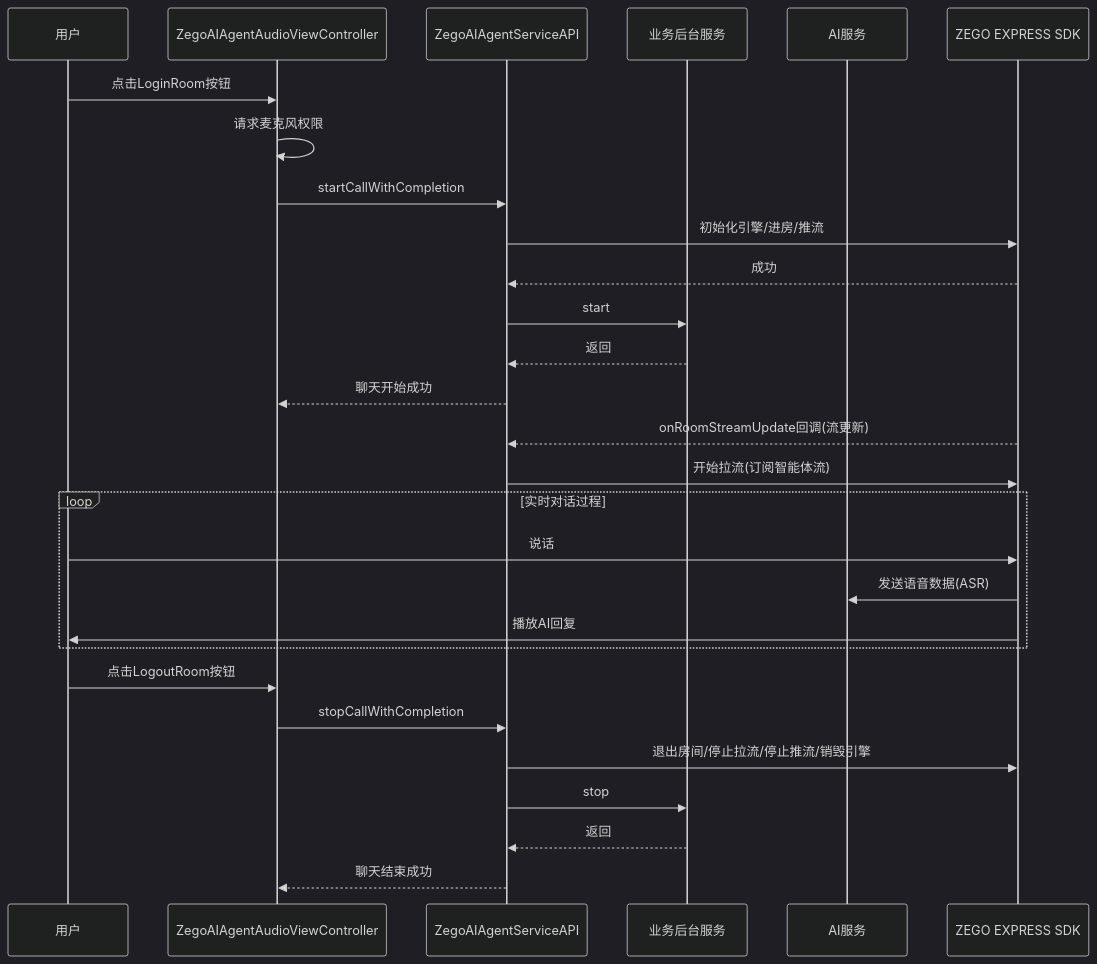
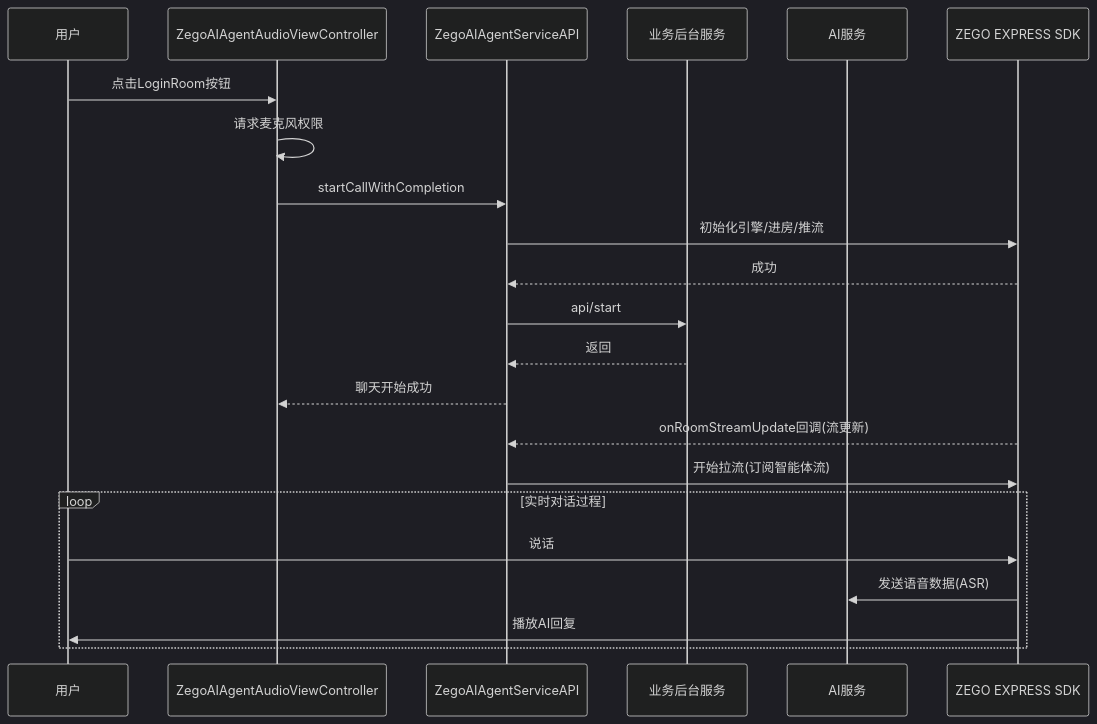
The first of 2 diagrams in ios/README.md (ZEGOCLOUD/ai_agent_quick_start), drawn with Mermaid (dark theme) before and after one commit. The commit also changed other lines of this file, not shown here.

````diff
--- a/ios/README.md
+++ b/ios/README.md
@@ -51,33 +55,26 @@
 ```mermaid
 sequenceDiagram
     participant User as 用户
     participant AudioVC as ZegoAIAgentAudioViewController
     participant ServiceAPI as ZegoAIAgentServiceAPI
     participant BusinessServer as 业务后台服务
     participant PassServer as AI服务
     participant Express as ZEGO EXPRESS SDK
 
     User->>AudioVC: 点击LoginRoom按钮
     AudioVC->>AudioVC: 请求麦克风权限
     AudioVC->>ServiceAPI:startCallWithCompletion
     ServiceAPI->>Express: 初始化引擎/进房/推流
     Express-->>ServiceAPI: 成功
-    ServiceAPI->>BusinessServer: start
+    ServiceAPI->>BusinessServer: api/start
     BusinessServer-->>ServiceAPI: 返回
     ServiceAPI-->>AudioVC: 聊天开始成功
     Express-->>ServiceAPI: onRoomStreamUpdate回调(流更新)
     ServiceAPI->>Express: 开始拉流(订阅智能体流)
   
     loop 实时对话过程
         User->>Express: 说话
         Express->>PassServer: 发送语音数据(ASR)
-       Express->>User: 播放AI回复
+        Express->>User: 播放AI回复
     end
-  
-    User->>AudioVC: 点击LogoutRoom按钮
-    AudioVC->>ServiceAPI:stopCallWithCompletion
-    ServiceAPI->>Express: 退出房间/停止拉流/停止推流/销毁引擎
-    ServiceAPI->>BusinessServer: stop
-    BusinessServer-->>ServiceAPI: 返回
-    ServiceAPI-->>AudioVC: 聊天结束成功
 ```
````
